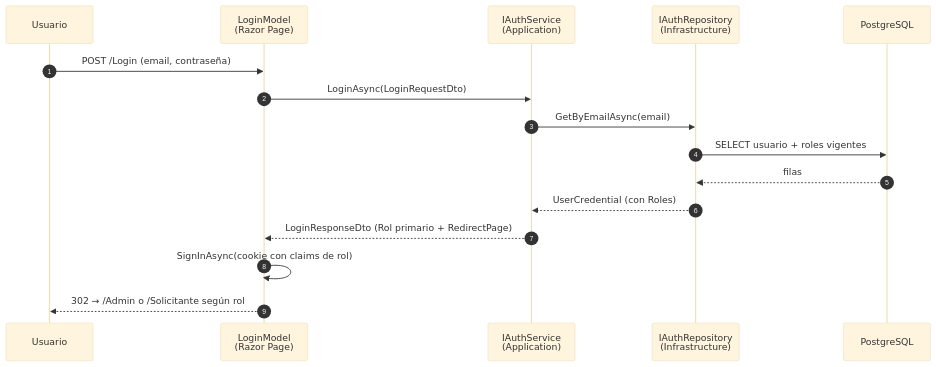
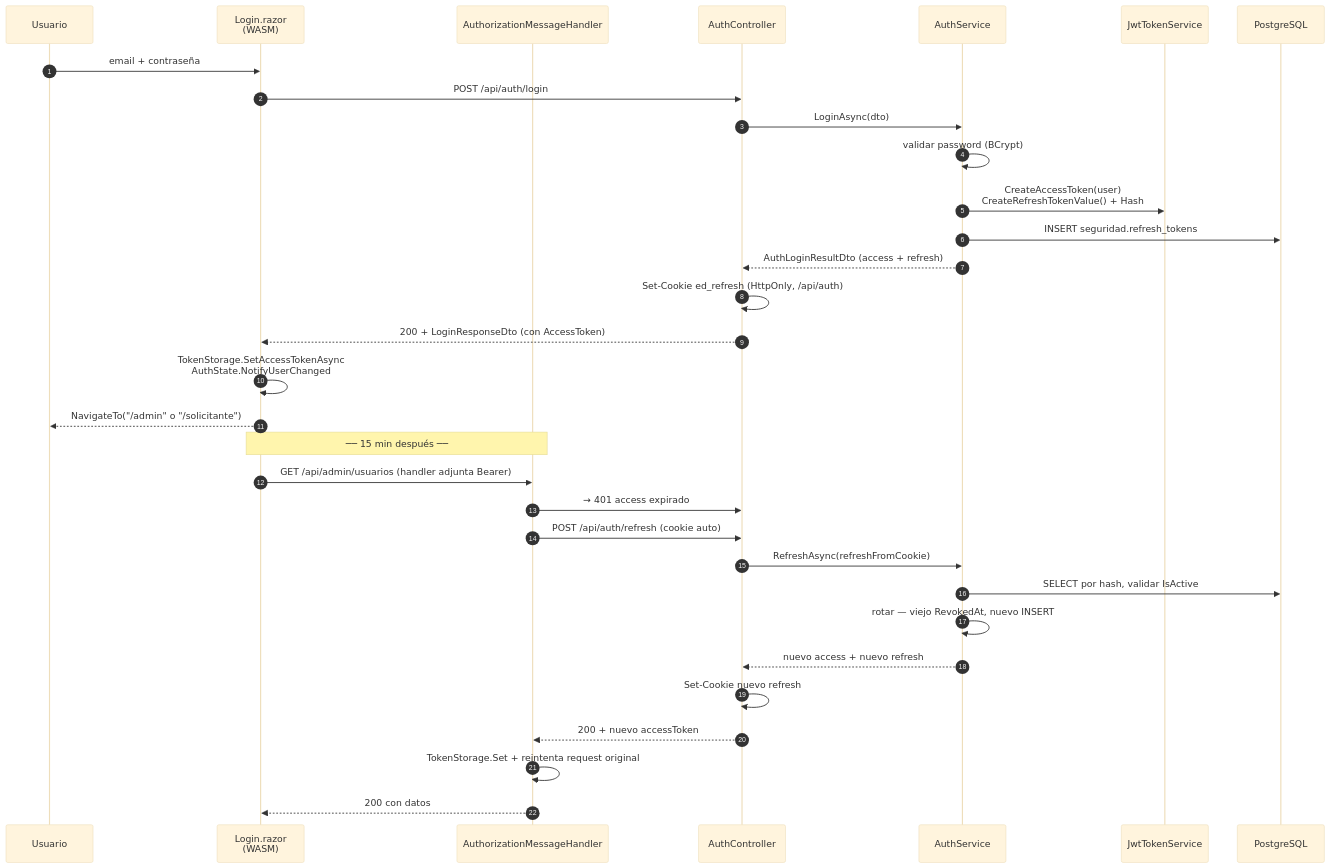
Before and after one commit to AngelMamani/edificio_digital: the second of 2 diagrams in README.md, drawn with Mermaid (base theme). The commit also changed other lines of this file and 95 other files, not shown here.

````diff
--- a/README.md
+++ b/README.md
@@ -39,19 +41,37 @@
 ```mermaid
 sequenceDiagram
     autonumber
     participant U as Usuario
-    participant P as LoginModel<br/>(Razor Page)
-    participant S as IAuthService<br/>(Application)
-    participant R as IAuthRepository<br/>(Infrastructure)
+    participant V as Login.razor<br/>(WASM)
+    participant H as AuthorizationMessageHandler
+    participant C as AuthController
+    participant S as AuthService
+    participant J as JwtTokenService
     participant DB as PostgreSQL
 
-    U->>P: POST /Login (email, contraseña)
-    P->>S: LoginAsync(LoginRequestDto)
-    S->>R: GetByEmailAsync(email)
-    R->>DB: SELECT usuario + roles vigentes
-    DB-->>R: filas
-    R-->>S: UserCredential (con Roles)
-    S-->>P: LoginResponseDto (Rol primario + RedirectPage)
-    P->>P: SignInAsync(cookie con claims de rol)
-    P-->>U: 302 → /Admin o /Solicitante según rol
+    U->>V: email + contraseña
+    V->>C: POST /api/auth/login
+    C->>S: LoginAsync(dto)
+    S->>S: validar password (BCrypt)
+    S->>J: CreateAccessToken(user)<br/>CreateRefreshTokenValue() + Hash
+    S->>DB: INSERT seguridad.refresh_tokens
+    S-->>C: AuthLoginResultDto (access + refresh)
+    C->>C: Set-Cookie ed_refresh (HttpOnly, /api/auth)
+    C-->>V: 200 + LoginResponseDto (con AccessToken)
+    V->>V: TokenStorage.SetAccessTokenAsync<br/>AuthState.NotifyUserChanged
+    V-->>U: NavigateTo("/admin" o "/solicitante")
+
+    Note over V,H: ── 15 min después ──
+
+    V->>H: GET /api/admin/usuarios (handler adjunta Bearer)
+    H->>C: → 401 access expirado
+    H->>C: POST /api/auth/refresh (cookie auto)
+    C->>S: RefreshAsync(refreshFromCookie)
+    S->>DB: SELECT por hash, validar IsActive
+    S->>S: rotar — viejo RevokedAt, nuevo INSERT
+    S-->>C: nuevo access + nuevo refresh
+    C->>C: Set-Cookie nuevo refresh
+    C-->>H: 200 + nuevo accessToken
+    H->>H: TokenStorage.Set + reintenta request original
+    H-->>V: 200 con datos
 ```
````
